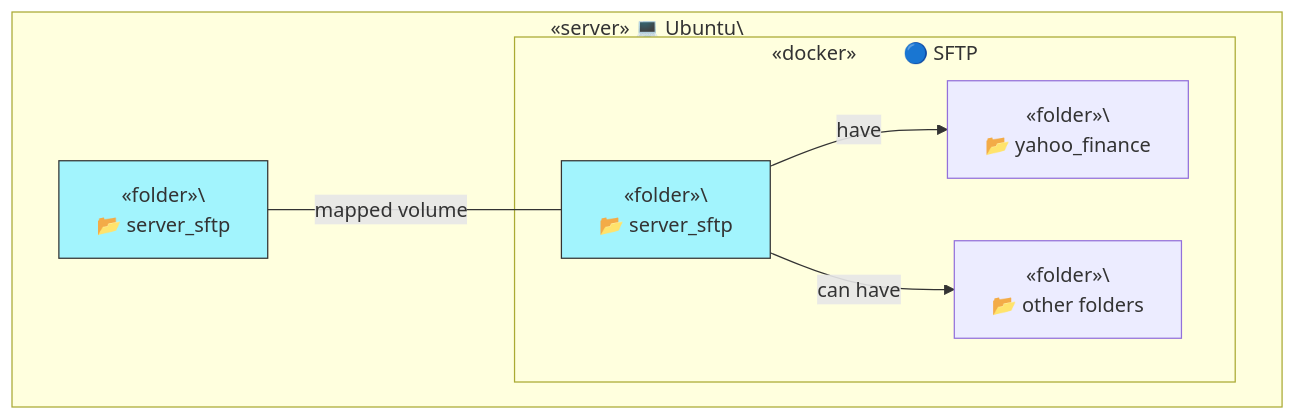
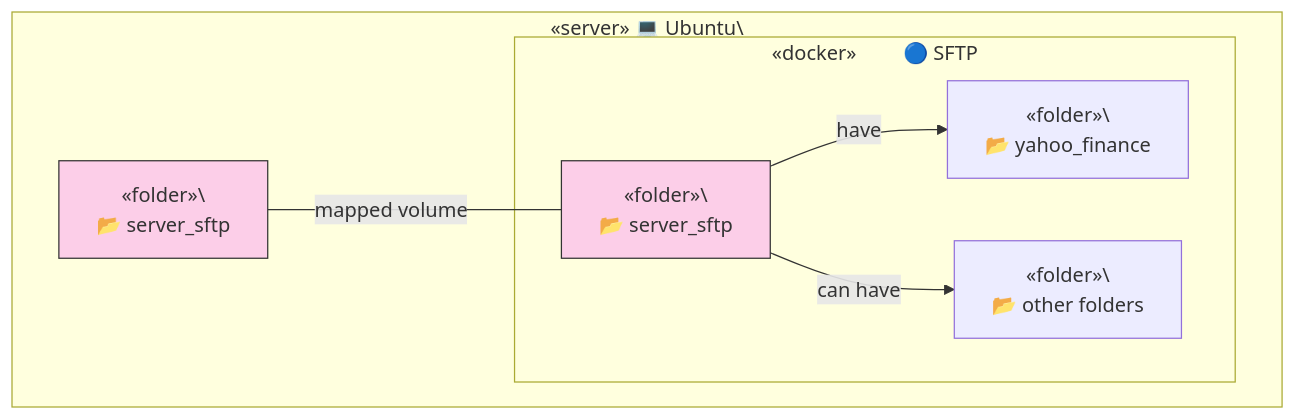
The third of 4 diagrams in server_sftp/README.md (TrulyDigital/DATA_STREET), drawn with Mermaid before and after one commit.

Commit message:
update: server_sftp README.md

````diff
--- a/server_sftp/README.md
+++ b/server_sftp/README.md
@@ -30,21 +30,21 @@
 ```mermaid
 graph TD
     subgraph Container_A [«server» 💻 Ubuntu\<br/>]
         A1[«folder»\<br/> 📂 server_sftp]
         A1:::note_a1
         subgraph Container_B [«docker»&nbsp;&nbsp;&nbsp;&nbsp;&nbsp;&nbsp;&nbsp;&nbsp;&nbsp;🔵 SFTP]
             B1[«folder»\<br/> 📂 server_sftp]
             B1:::note_b1
             B2[«folder»\<br/> 📂 yahoo_finance]
             B3[«folder»\<br/> 📂 other folders]
         end
 
         A1 -- mapped volume --- B1
 
         B1 -- have --> B2
         B1 -- can have --> B3
 
-        classDef note_a1 fill:#a2f4fd,stroke:#333,stroke-width:1px;
-        classDef note_b1 fill:#a2f4fd,stroke:#333,stroke-width:1px;
+        classDef note_a1 fill:#fccee8,stroke:#333,stroke-width:1px;
+        classDef note_b1 fill:#fccee8,stroke:#333,stroke-width:1px;
     end
 ```
````
